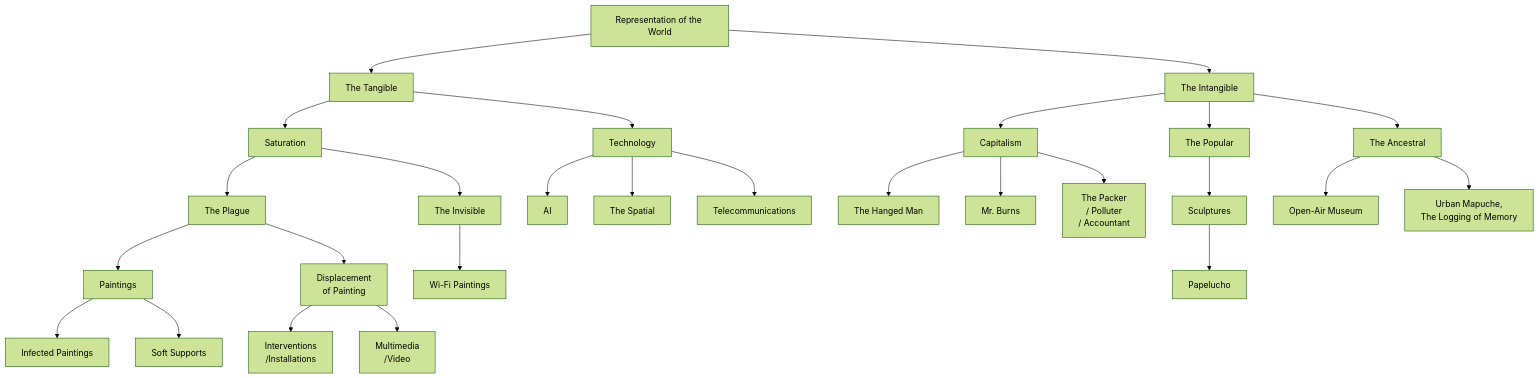
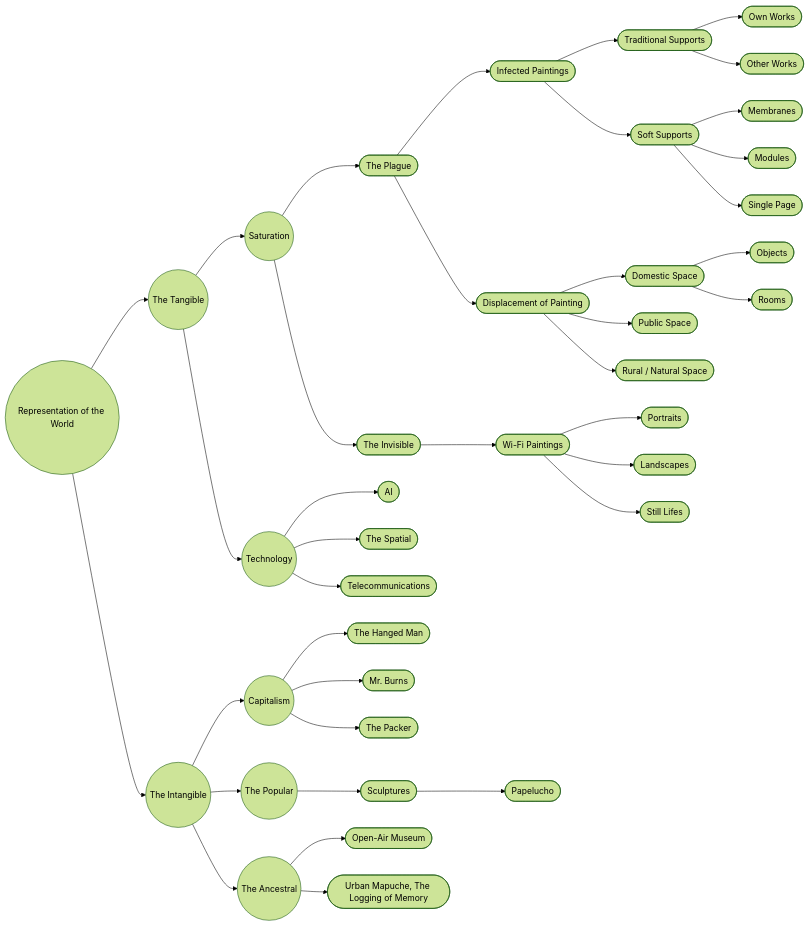
One commit to EGGS-Artesvisuales/EGGS-Artesvisuales.github.io changed the first of 3 diagrams in EN/work-diagram.md. Above: the diagram before and after it, drawn with Mermaid (forest theme). The commit also changed other lines of this file and 16 other files, not shown here.

Commit message:
Fix existing Mermaid links

```diff
--- a/EN/work-diagram.md
+++ b/EN/work-diagram.md
@@ -21,62 +21,93 @@
 <div class="mermaid">
-  graph TD
-    A[Representation of the World] --> A1[The Tangible]
-    A --> A2[The Intangible]
+graph LR
+  A((Representation of the World)) --> A1((The Tangible))
+  A --> A2((The Intangible))
 
-    A1 --> A1a[Saturation]
-    A1a --> A1a1[The Plague]
-    A1a1 --> A1a1a[Paintings]
-    A1a1a --> A1a1a1[Infected Paintings]
-    A1a1a --> A1a1a2[Soft Supports]
-    A1a1 --> A1a1b[Displacement\n of Painting]
-    A1a1b --> A1a1b1[Interventions\n /Installations]
-    A1a1b --> A1a1b2[Multimedia\n /Video]
-    A1a --> A1a2[The Invisible]
-    A1a2 --> A1a2a[Wi-Fi Paintings]
+  A1 --> A1a((Saturation))
+  A1a --> A1a1([The Plague])
+  A1a1 --> A1a1a([Infected Paintings])
+  A1a1a --> A1a1a1([Traditional Supports])
+  A1a1a --> A1a1a2([Soft Supports])
 
-    A1 --> A1b[Technology]
-    A1b --> A1b1[AI]
-    A1b --> A1b2[The Spatial]
-    A1b --> A1b3[Telecommunications]
+  A1a1a1 --> ST_OP([Own Works])
+  A1a1a1 --> ST_OA([Other Works])
 
-    A2 --> A2a[Capitalism]
-    A2a --> A2a1[The Hanged Man]
-    A2a --> A2a2[Mr. Burns]
-    A2a --> A2a3[The Packer\n / Polluter\n / Accountant]
+  A1a1a2 --> SB_MEM([Membranes])
+  A1a1a2 --> SB_MOD([Modules])
+  A1a1a2 --> SB_PU([Single Page])
 
-    A2 --> A2b[The Popular]
-    A2b --> A2b1[Sculptures]
-    A2b1 --> A2b1a[Papelucho]
+  A1a1 --> A1a1b([Displacement of Painting])
+  A1a1b --> A1a1b1([Domestic Space])
+  A1a1b --> A1a1b2([Public Space])
+  A1a1b --> A1a1b3([Rural / Natural Space])
 
-    A2 --> A2c[The Ancestral]
-    A2c --> A2c1[Open-Air Museum]
-    A2c --> A2c2[Urban Mapuche,\n The Logging of Memory]
+  A1a1b1 --> ED_OBJ([Objects])
+  A1a1b1 --> ED_HAB([Rooms])
 
-    click A "world-representation.html" "Go to Representation of the World"
-    click A1 "tangible.html" "Go to The Tangible"
-    click A1a "/saturation.html" "Go to Saturation"
-    click A1a1 "/the-plague.html" "Go to The Plague"
-    click A1a1a "/paintings.html" "Go to Paintings"
-    click A1a1a1 "/infected-paintings.html" "Go to Infected Paintings"
-    click A1a1a2 "/soft-supports.html" "Go to Soft Supports"
-    click A1a1b "/displacement-of-painting.html" "Go to Displacement of Painting"
-    click A1a1b1 "/interventions-installations.html" "Go to Interventions/Installations"
-    click A1a1b2 "/multimedia-video.html" "Go to Multimedia/Video"
-    click A1a2 "/the-invisible.html" "Go to The Invisible"
-    click A1a2a "/wifi-paintings.html" "Go to Wi-Fi Paintings"
-    click A1b "/technology.html" "Go to Technology"
-    click A1b1 "/ai.html" "Go to AI"
-    click A1b2 "/the-spatial.html" "Go to The Spatial"
-    click A1b3 "/telecommunications.html" "Go to Telecommunications"
-    click A2 "intangible.html" "Go to The Intangible"
-    click A2a "/capitalism.html" "Go to Capitalism"
-    click A2a1 "/the-hanged-man.html" "Go to The Hanged Man"
-    click A2a2 "/mr-burns.html" "Go to Mr. Burns"
-    click A2a3 "/the-packer.html" "Go to The Packer"
-    click A2b "/the-popular.html" "Go to The Popular"
-    click A2b1 "/sculptures.html" "Go to Sculptures"
-    click A2b1a "/papelucho.html" "Go to Papelucho"
-    click A2c "/the-ancestral.html" "Go to The Ancestral"
-    click A2c1 "/open-air-museum.html" "Go to Open-Air Museum"
-    click A2c2 "/urban-mapuche.html" "Go to Urban Mapuche"
+  A1a --> A1a2([The Invisible])
+  A1a2 --> A1a2a([Wi-Fi Paintings])
+
+  A1a2a --> PW_RET([Portraits])
+  A1a2a --> PW_PAI([Landscapes])
+  A1a2a --> PW_BOD([Still Lifes])
+
+  A1 --> A1b((Technology))
+  A1b --> A1b1([AI])
+  A1b --> A1b2([The Spatial])
+  A1b --> A1b3([Telecommunications])
+
+  A2 --> A2a((Capitalism))
+  A2a --> A2a1([The Hanged Man])
+  A2a --> A2a2([Mr. Burns])
+  A2a --> A2a3([The Packer])
+
+  A2 --> A2b((The Popular))
+  A2b --> A2b1([Sculptures])
+  A2b1 --> A2b1a([Papelucho])
+
+  A2 --> A2c((The Ancestral))
+  A2c --> A2c1([Open-Air Museum])
+  A2c --> A2c2([Urban Mapuche, The Logging of Memory])
+
+  %% Existing links
+  click A "/EN/world-representation.html" "Go to Representation of the World"
+  click A1 "/EN/tangible.html" "Go to The Tangible"
+  click A2 "/EN/intangible.html" "Go to The Intangible"
+  click A1a "/EN/saturation.html" "Go to Saturation"
+  click A1a1b "/EN/displacement-of-painting" "Go to Displacement of Painting"
+  click A2a "/EN/images-of-capitalism.html" "Go to Images of Capitalism"
+  click A2b "/EN/images-of-the-popular.html" "Go to Images of the Popular"
+  click A2c "/EN/images-of-the-ancestors.html" "Go to Images of the Ancestors"
+  click A2c1 "/EN/open-air-museum.html" "Go to Open-Air Museum"
+
+  %% Not yet existing -> under construction
+  click A1a1 "/EN/under-construction.html" "Under construction"
+  click A1a1a "/EN/under-construction.html" "Under construction"
+  click A1a1a1 "/EN/under-construction.html" "Under construction"
+  click ST_OP "/EN/under-construction.html" "Under construction"
+  click ST_OA "/EN/under-construction.html" "Under construction"
+  click A1a1a2 "/EN/under-construction.html" "Under construction"
+  click SB_MEM "/EN/under-construction.html" "Under construction"
+  click SB_MOD "/EN/under-construction.html" "Under construction"
+  click SB_PU "/EN/under-construction.html" "Under construction"
+  click A1a1b1 "/EN/under-construction.html" "Under construction"
+  click A1a1b2 "/EN/under-construction.html" "Under construction"
+  click A1a1b3 "/EN/under-construction.html" "Under construction"
+  click ED_OBJ "/EN/under-construction.html" "Under construction"
+  click ED_HAB "/EN/under-construction.html" "Under construction"
+  click A1a2 "/EN/under-construction.html" "Under construction"
+  click A1a2a "/EN/under-construction.html" "Under construction"
+  click PW_RET "/EN/under-construction.html" "Under construction"
+  click PW_PAI "/EN/under-construction.html" "Under construction"
+  click PW_BOD "/EN/under-construction.html" "Under construction"
+  click A1b "/EN/under-construction.html" "Under construction"
+  click A1b1 "/EN/under-construction.html" "Under construction"
+  click A1b2 "/EN/under-construction.html" "Under construction"
+  click A1b3 "/EN/under-construction.html" "Under construction"
+  click A2a1 "/EN/under-construction.html" "Under construction"
+  click A2a2 "/EN/under-construction.html" "Under construction"
+  click A2a3 "/EN/under-construction.html" "Under construction"
+  click A2b1 "/EN/under-construction.html" "Under construction"
+  click A2b1a "/EN/under-construction.html" "Under construction"
+  click A2c2 "/EN/under-construction.html" "Under construction"
 </div>
```
